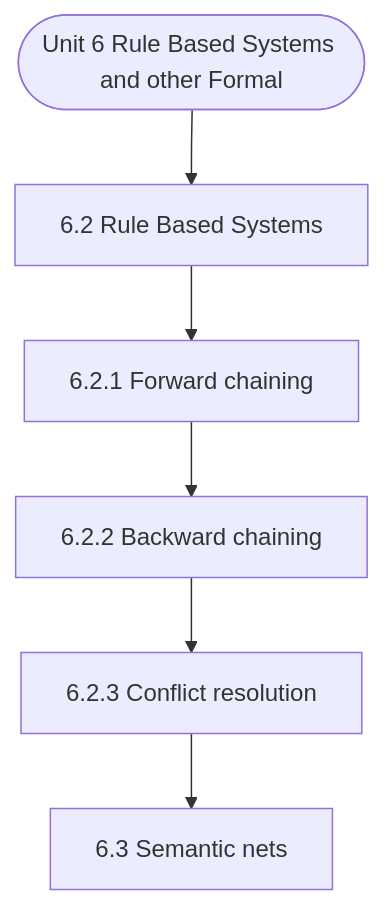
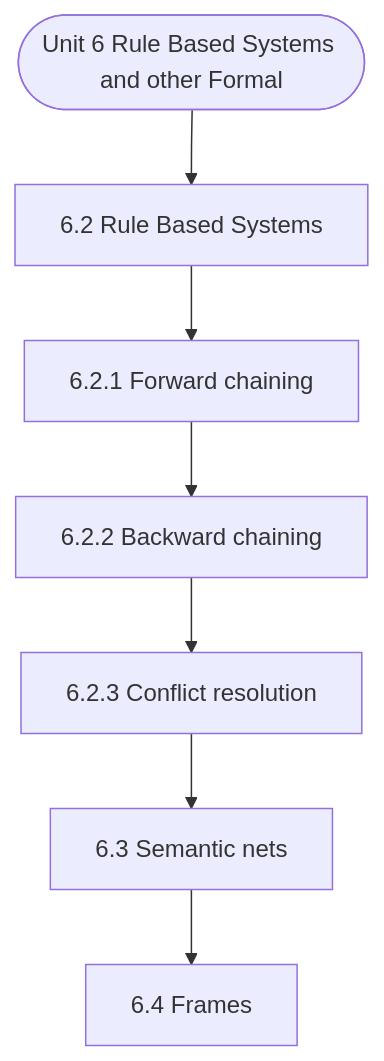
Before and after one commit to Asutosh-Coaching/mscdsa: the diagram in notes/Semester_2/MCS-224_Artificial_Intelligence_&_Machine_Learning/unit_06_Rule_Based_Systems_and_other_Formalism.md, drawn with Mermaid. The commit also changed other lines of this file and 116 other files, not shown here.

````diff
--- a/notes/Semester_2/MCS-224_Artificial_Intelligence_&_Machine_Learning/unit_06_Rule_Based_Systems_and_other_Formalism.md
+++ b/notes/Semester_2/MCS-224_Artificial_Intelligence_&_Machine_Learning/unit_06_Rule_Based_Systems_and_other_Formalism.md
@@ -19,14 +19,16 @@
 ```mermaid
 flowchart TD
   Start(["Unit 6 Rule Based Systems and other Formal"])
   N1["6.2 Rule Based Systems"]
   N2["6.2.1 Forward chaining"]
   N3["6.2.2 Backward chaining"]
   N4["6.2.3 Conflict resolution"]
   N5["6.3 Semantic nets"]
+  N6["6.4 Frames"]
   Start --> N1
   N1 --> N2
   N2 --> N3
   N3 --> N4
   N4 --> N5
+  N5 --> N6
 ```
````
